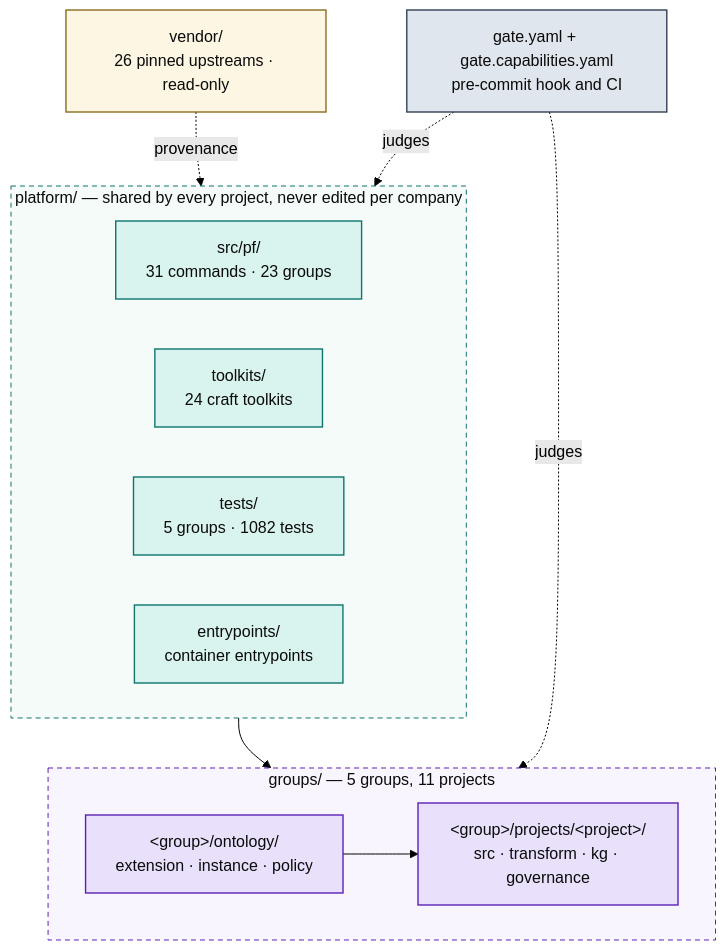
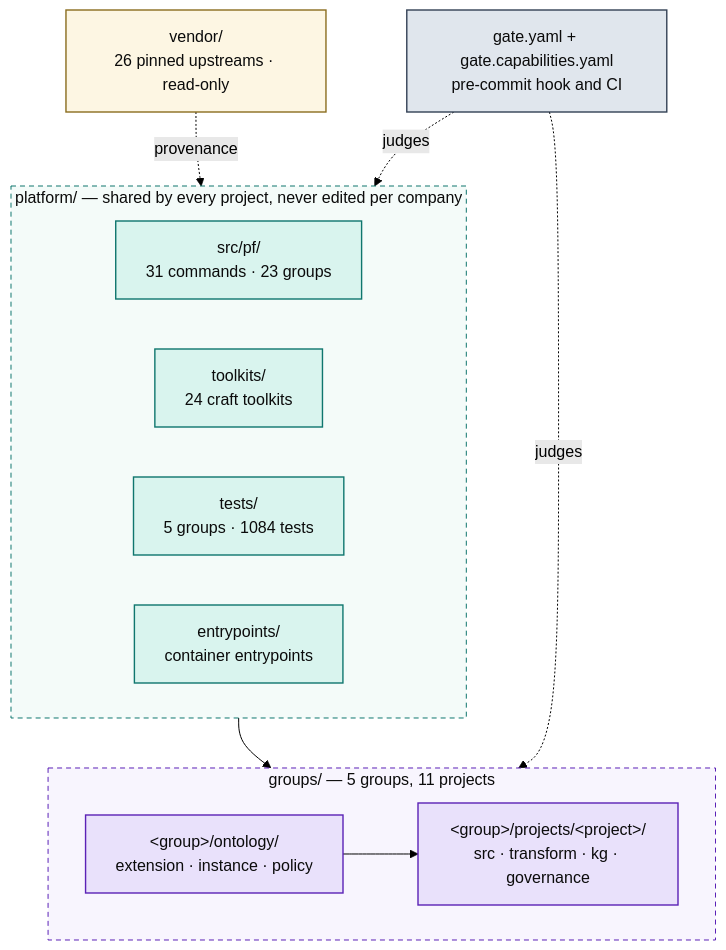
The first of 5 diagrams in docs/ARCHITECTURE.md (Atomz-org/data-platform), drawn with Mermaid (forest theme) before and after one commit. The commit also changed other lines of this file and 5 other files, not shown here.

````diff
--- a/docs/ARCHITECTURE.md
+++ b/docs/ARCHITECTURE.md
@@ -15,36 +15,36 @@
 ```mermaid
 flowchart TB
   subgraph SHARED["platform/ — shared by every project, never edited per company"]
     direction LR
     ENG["src/pf/<br/>31 commands · 23 groups"]
     TK["toolkits/<br/>24 craft toolkits"]
-    TST["tests/<br/>5 groups · 1082 tests"]
+    TST["tests/<br/>5 groups · 1084 tests"]
     ENT["entrypoints/<br/>container entrypoints"]
   end
 
   subgraph ENTITIES["groups/ — 5 groups, 11 projects"]
     direction LR
     GRP["&lt;group&gt;/ontology/<br/>extension · instance · policy"]
     PRJ["&lt;group&gt;/projects/&lt;project&gt;/<br/>src · transform · kg · governance"]
     GRP --> PRJ
   end
 
   VEN["vendor/<br/>26 pinned upstreams · read-only"]
   GATE["gate.yaml + gate.capabilities.yaml<br/>pre-commit hook and CI"]
 
   SHARED --> ENTITIES
   VEN -.provenance.-> SHARED
   GATE -.judges.-> ENTITIES
   GATE -.judges.-> SHARED
 
   classDef code fill:#d9f4ee,stroke:#0f766e,stroke-width:1.4px,color:#0b0b0b
   classDef data fill:#e9e1fb,stroke:#5b21b6,stroke-width:1.4px,color:#0b0b0b
   classDef gov fill:#e0e6ed,stroke:#334155,stroke-width:1.4px,color:#0b0b0b
   classDef ext fill:#fdf6e3,stroke:#8a6d1f,stroke-width:1.4px,color:#0b0b0b
   class ENG,TK,TST,ENT code
   class GRP,PRJ data
   class GATE gov
   class VEN ext
   style SHARED fill:#f4fbf9,stroke:#0f766e,stroke-dasharray:5 4,color:#0b0b0b
   style ENTITIES fill:#f8f5fe,stroke:#5b21b6,stroke-dasharray:5 4,color:#0b0b0b
 ```
````
